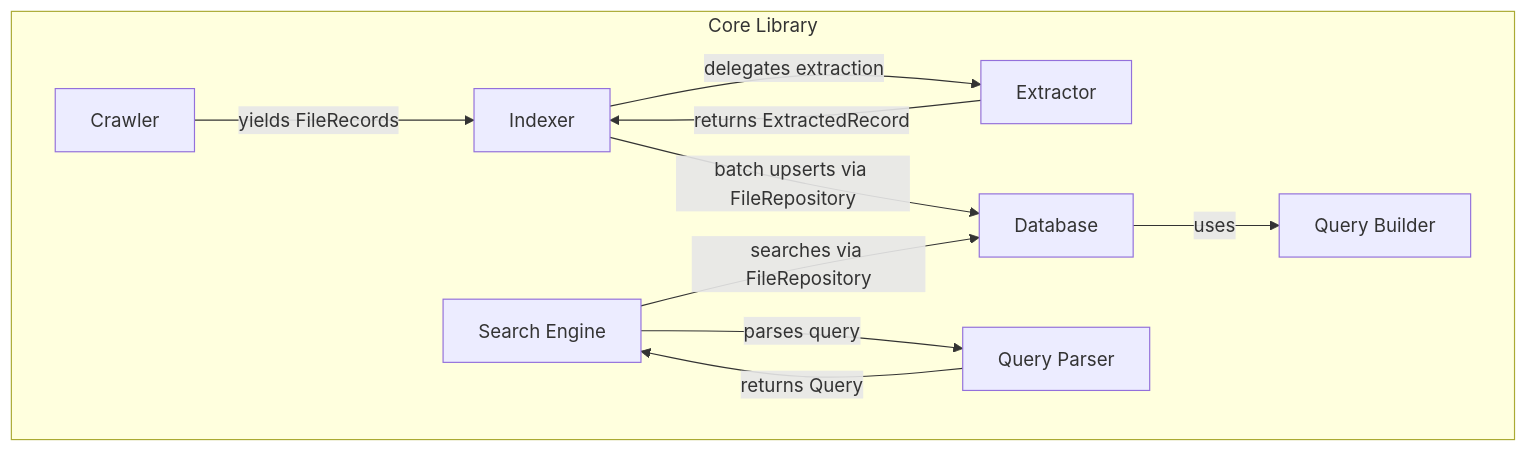
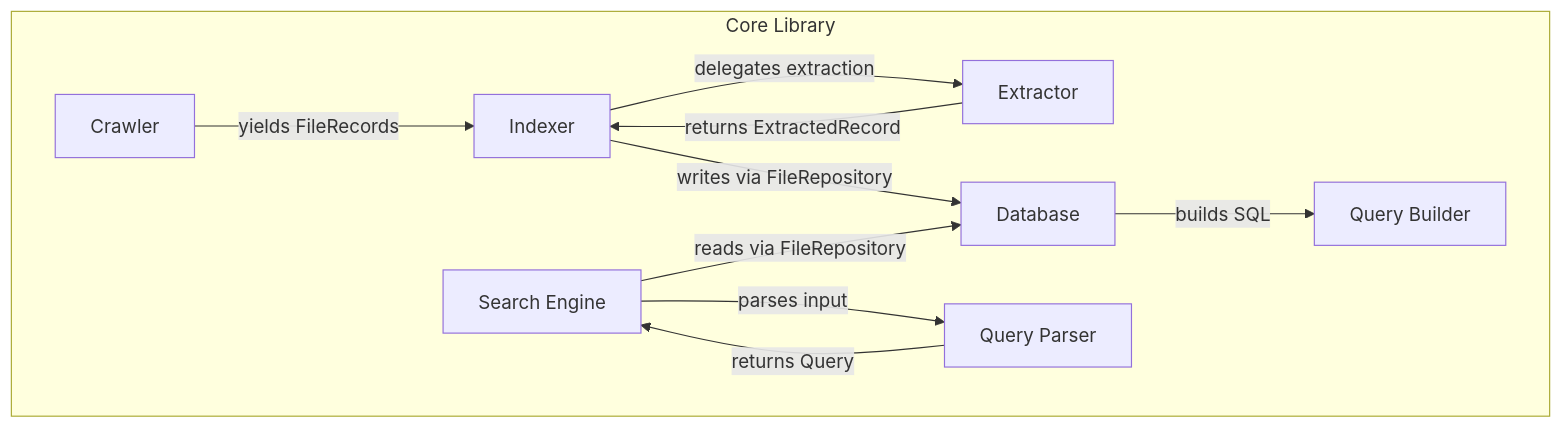
Before and after one commit to ralu2004/Local-File-Search-System: the third of 4 diagrams in ARCHITECTURE.md, drawn with Mermaid. The commit also changed other lines of this file, not shown here.

Commit message:
docs(arch): trim method lists, shorten descriptions to more concise and replace schema with summary

````diff
--- a/ARCHITECTURE.md
+++ b/ARCHITECTURE.md
@@ -87,21 +65,21 @@
 ```mermaid
 graph TD
     subgraph Core["Core Library"]
         Crawler["Crawler"]
         Indexer["Indexer"]
         Extractor["Extractor"]
         Search["Search Engine"]
         QueryParser["Query Parser"]
         DB["Database"]
         QueryBuilder["Query Builder"]
     end
 
     Crawler -->|yields FileRecords| Indexer
     Indexer -->|delegates extraction| Extractor
     Extractor -->|returns ExtractedRecord| Indexer
-    Indexer -->|batch upserts via FileRepository| DB
-    Search -->|parses query| QueryParser
+    Indexer -->|writes via FileRepository| DB
+    Search -->|parses input| QueryParser
     QueryParser -->|returns Query| Search
-    Search -->|searches via FileRepository| DB
-    DB -->|uses| QueryBuilder
+    Search -->|reads via FileRepository| DB
+    DB -->|builds SQL| QueryBuilder
 ```
````
